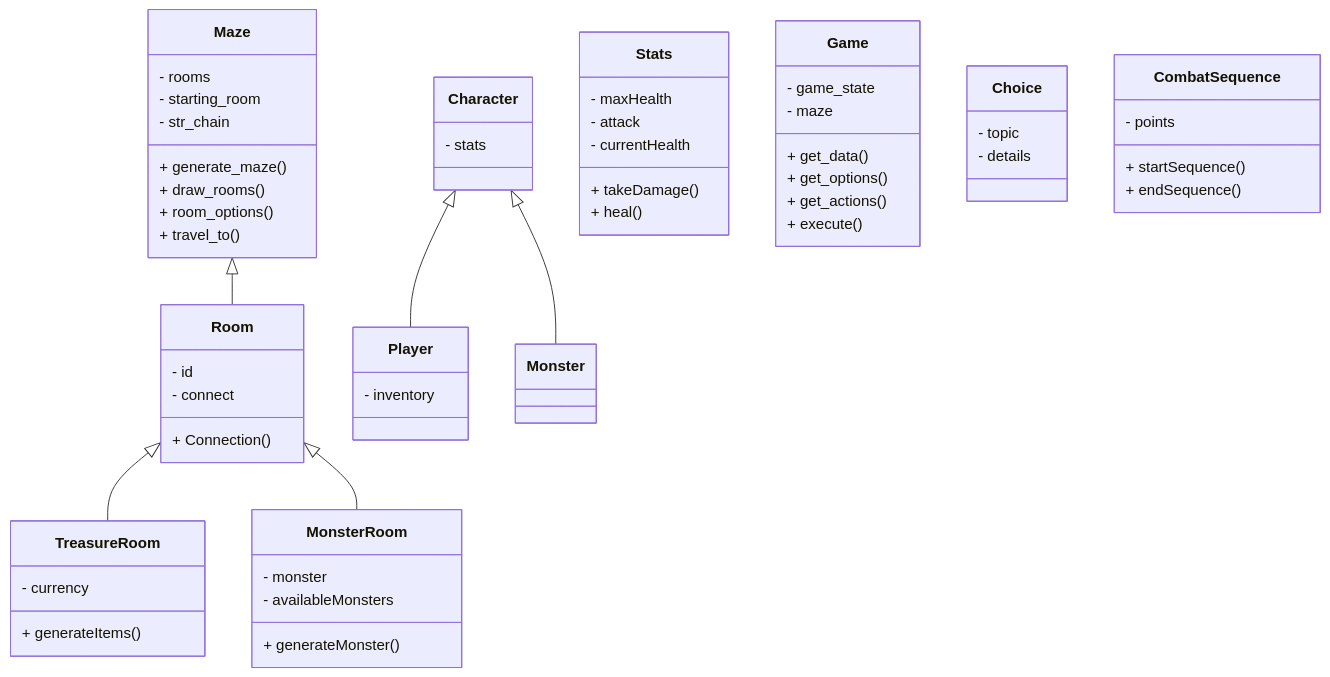
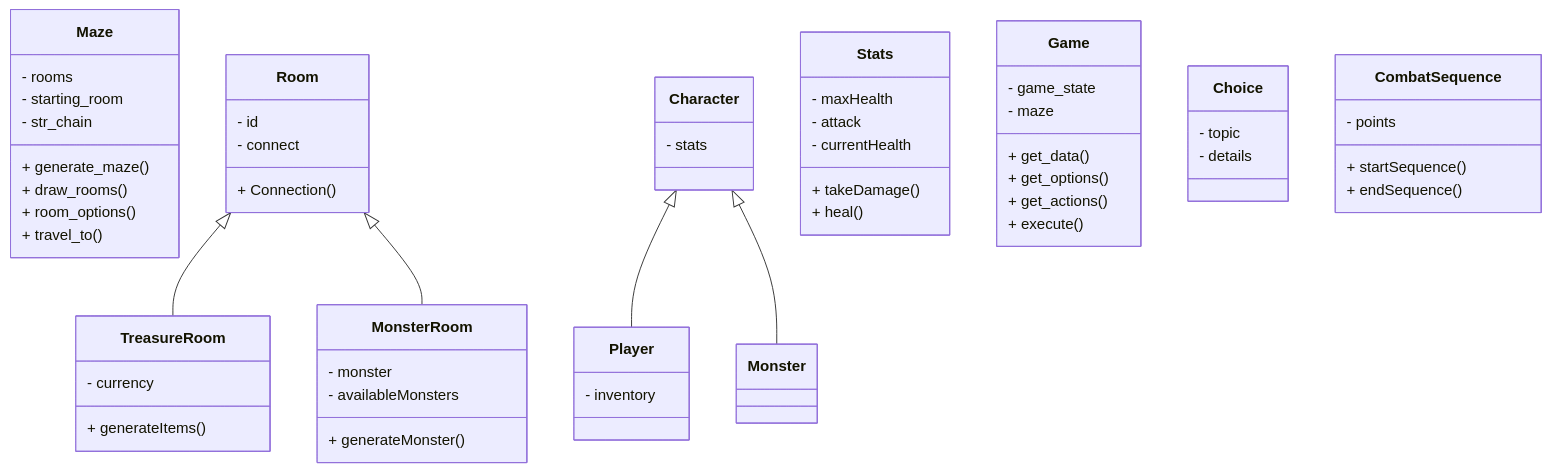
Before and after one commit to marcoscheong/JC1-Summary-Project: the diagram in README.md, drawn with Mermaid.

````diff
--- a/README.md
+++ b/README.md
@@ -15,66 +15,65 @@
 ```mermaid
 classDiagram
-    Maze <|-- Room
-    
+   
     Maze : - rooms
     Maze : - starting_room
     Maze : - str_chain
 
     Room : - id
     Room : - connect
     Room <|-- TreasureRoom
     Room <|-- MonsterRoom
 
     TreasureRoom : - currency
     MonsterRoom : - monster
     MonsterRoom : - availableMonsters
 
     Character : - stats
     Character <|-- Player
     Character <|-- Monster
     Player : - inventory
 
     Stats : - maxHealth
     Stats : - attack
     Stats : - currentHealth
 
     Game : - game_state
     Game : - maze
 
     Choice : - topic
     Choice : - details
 
     CombatSequence : - points
     class Room{
         + Connection()
     }
     class Maze{
         + generate_maze()
         + draw_rooms()
         + room_options()
         + travel_to()
     }
     class Game{
         + get_data()
         + get_options()
         + get_actions()
         + execute()
     }
     class TreasureRoom{
         + generateItems()
     }
 
     class MonsterRoom{
         + generateMonster()
     }
     
     class Stats{
         + takeDamage()
         + heal()
     }
     
     class CombatSequence{
         + startSequence()
         + endSequence()
     }
 ```
````
